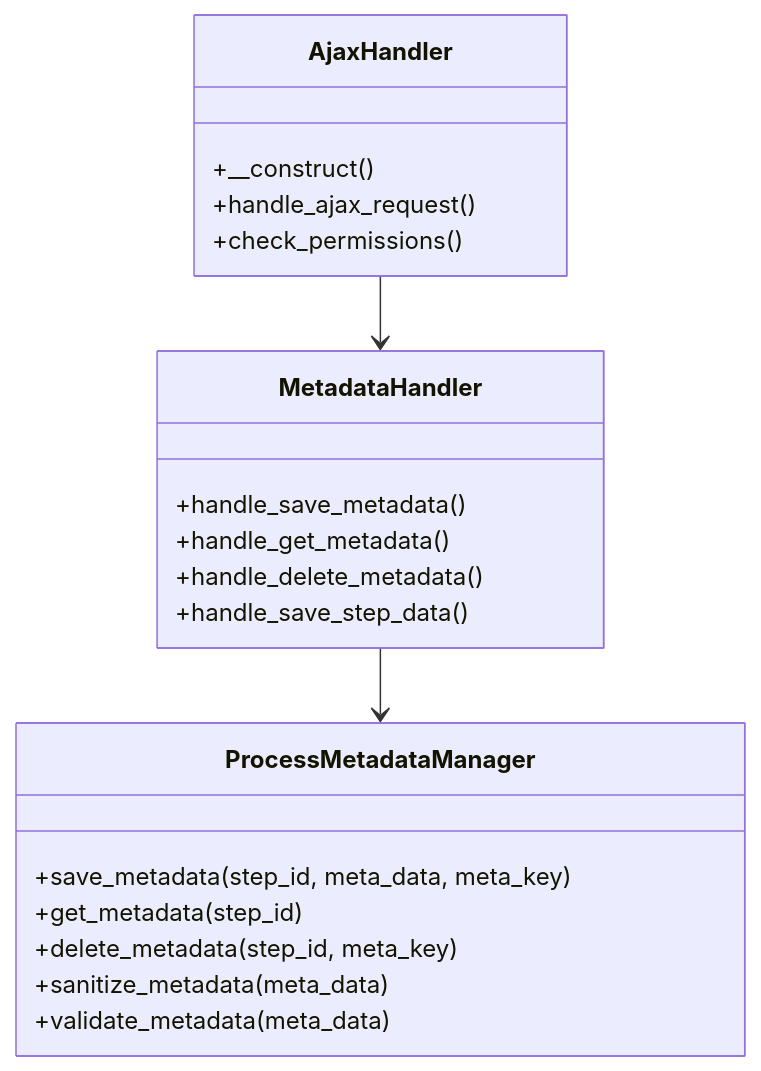
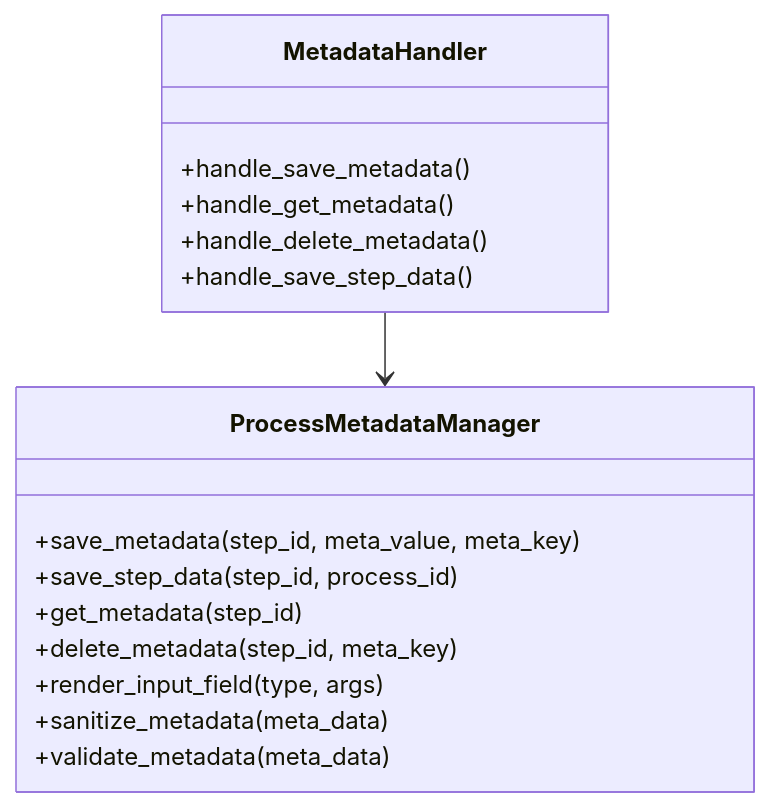
The diagram in mk-docs/docs/metadados/implementacao.md (Nocs-lab/Obatala), drawn with Mermaid before and after one commit. The commit also changed other lines of this file and 16 other files, not shown here.

````diff
--- a/mk-docs/docs/metadados/implementacao.md
+++ b/mk-docs/docs/metadados/implementacao.md
@@ -4,26 +4,21 @@
 ```mermaid
 classDiagram
-    AjaxHandler --> MetadataHandler
     MetadataHandler --> ProcessMetadataManager
-
-    class AjaxHandler {
-        +__construct()
-        +handle_ajax_request()
-        +check_permissions()
-    }
 
     class MetadataHandler {
         +handle_save_metadata()
         +handle_get_metadata()
         +handle_delete_metadata()
         +handle_save_step_data()
     }
 
     class ProcessMetadataManager {
-        +save_metadata(step_id, meta_data, meta_key)
+        +save_metadata(step_id, meta_value, meta_key)
+        +save_step_data(step_id, process_id)
         +get_metadata(step_id)
         +delete_metadata(step_id, meta_key)
+        +render_input_field(type, args)
         +sanitize_metadata(meta_data)
         +validate_metadata(meta_data)
     }
 ```
````
